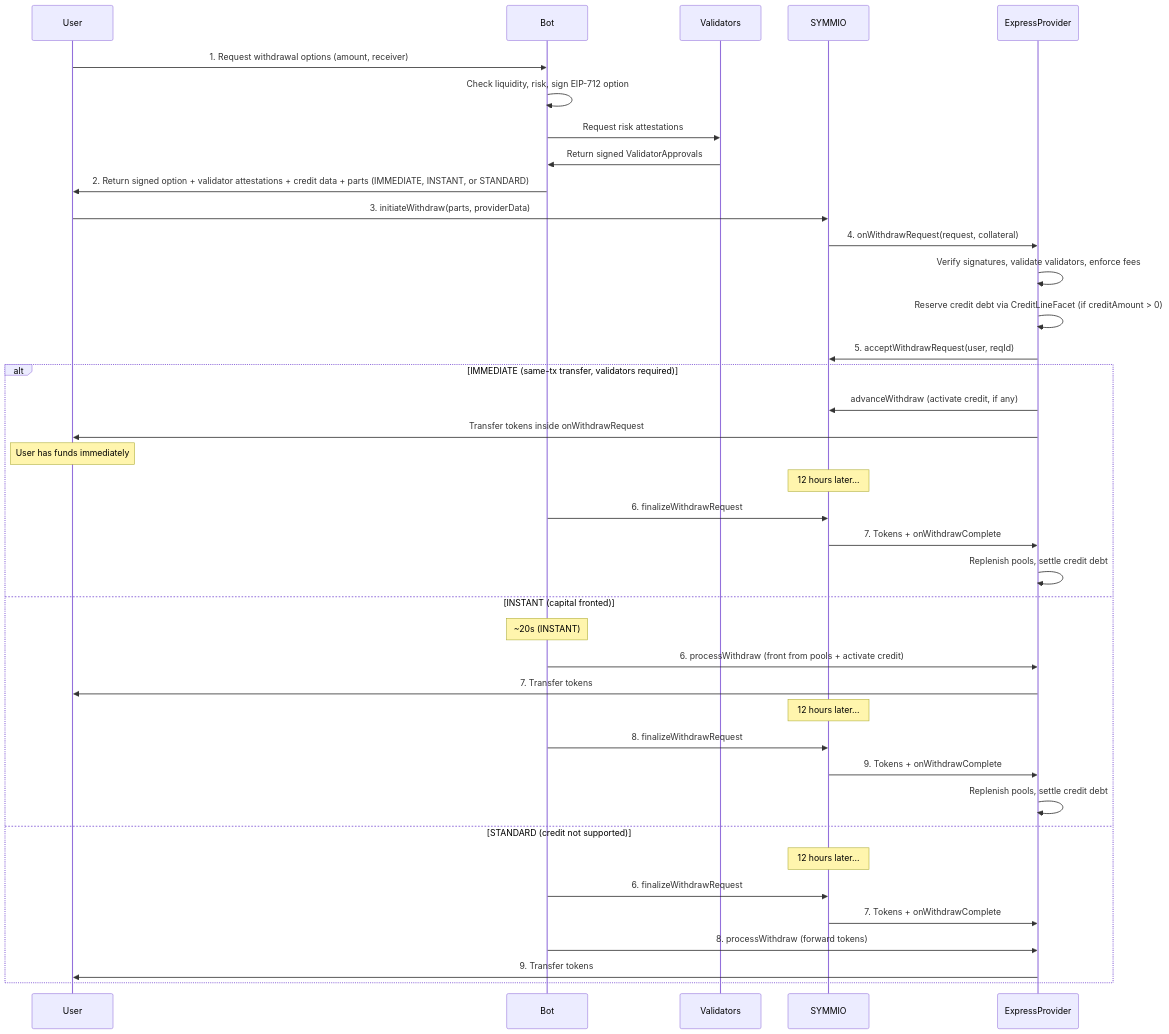
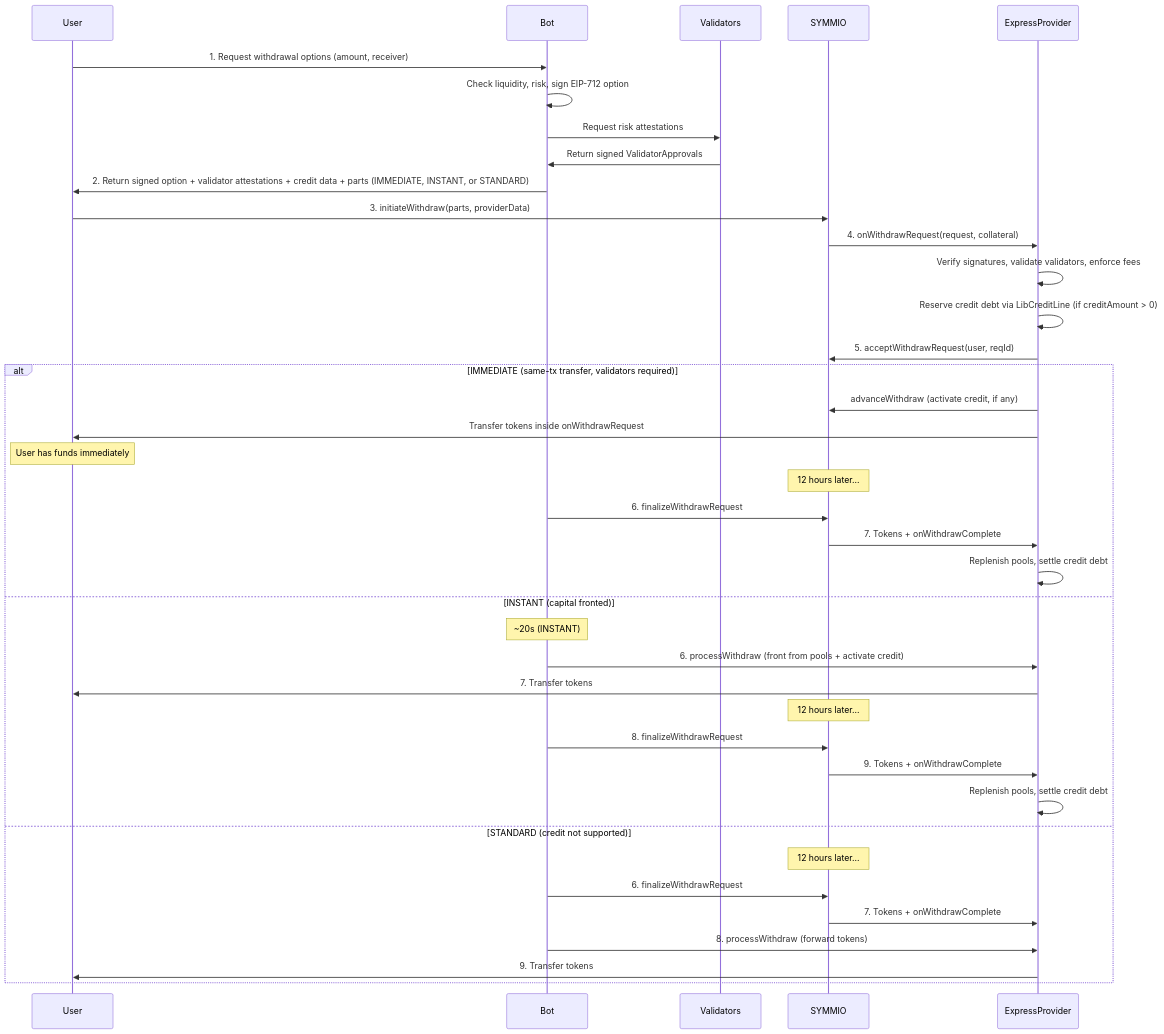
One commit to SYMM-IO/perps-core changed the first of 14 diagrams in docs/v0.8.6/express-withdrawal-system-design.md. Above: the diagram before and after it, drawn with Mermaid. The commit also changed other lines of this file and 6 other files, not shown here.

Commit message:
refactor(express): merge CreditLineFacet into ControlFacet

````diff
--- a/docs/v0.8.6/express-withdrawal-system-design.md
+++ b/docs/v0.8.6/express-withdrawal-system-design.md
@@ -23,44 +23,44 @@
 ```mermaid
 sequenceDiagram
     participant User
     participant Bot
     participant Validators
     participant SYMMIO
     participant Express as ExpressProvider
 
     User->>Bot: 1. Request withdrawal options (amount, receiver)
     Bot->>Bot: Check liquidity, risk, sign EIP-712 option
     Bot->>Validators: Request risk attestations
     Validators->>Bot: Return signed ValidatorApprovals
     Bot->>User: 2. Return signed option + validator attestations + credit data + parts (IMMEDIATE, INSTANT, or STANDARD)
 
     User->>SYMMIO: 3. initiateWithdraw(parts, providerData)
     SYMMIO->>Express: 4. onWithdrawRequest(request, collateral)
     Express->>Express: Verify signatures, validate validators, enforce fees
-    Express->>Express: Reserve credit debt via CreditLineFacet (if creditAmount > 0)
+    Express->>Express: Reserve credit debt via LibCreditLine (if creditAmount > 0)
     Express->>SYMMIO: 5. acceptWithdrawRequest(user, reqId)
 
     alt IMMEDIATE (same-tx transfer, validators required)
         Express->>SYMMIO: advanceWithdraw (activate credit, if any)
         Express->>User: Transfer tokens inside onWithdrawRequest
         Note over User: User has funds immediately
         Note over SYMMIO: 12 hours later...
         Bot->>SYMMIO: 6. finalizeWithdrawRequest
         SYMMIO->>Express: 7. Tokens + onWithdrawComplete
         Express->>Express: Replenish pools, settle credit debt
     else INSTANT (capital fronted)
         Note over Bot: ~20s (INSTANT)
         Bot->>Express: 6. processWithdraw (front from pools + activate credit)
         Express->>User: 7. Transfer tokens
         Note over SYMMIO: 12 hours later...
         Bot->>SYMMIO: 8. finalizeWithdrawRequest
         SYMMIO->>Express: 9. Tokens + onWithdrawComplete
         Express->>Express: Replenish pools, settle credit debt
     else STANDARD (credit not supported)
         Note over SYMMIO: 12 hours later...
         Bot->>SYMMIO: 6. finalizeWithdrawRequest
         SYMMIO->>Express: 7. Tokens + onWithdrawComplete
         Bot->>Express: 8. processWithdraw (forward tokens)
         Express->>User: 9. Transfer tokens
     end
 ```
````
